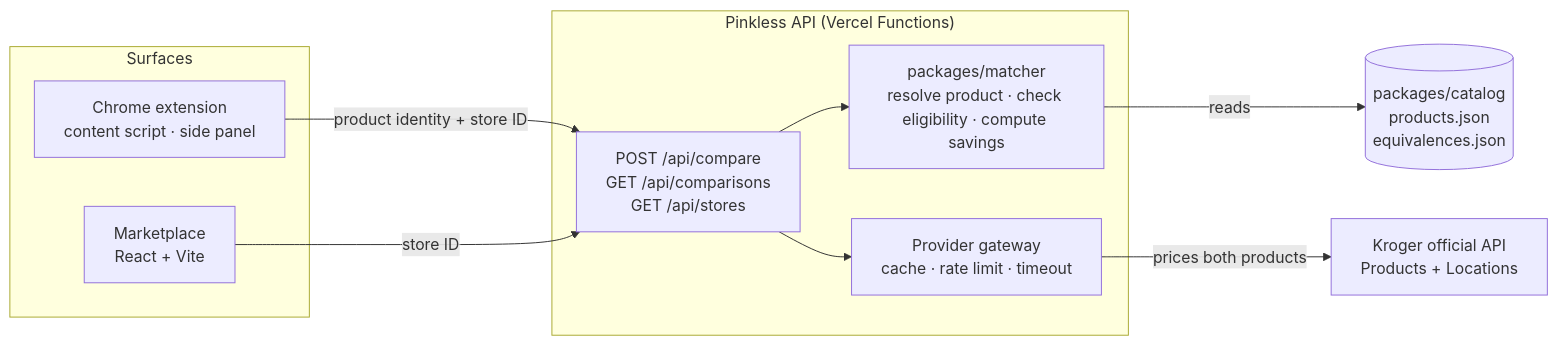
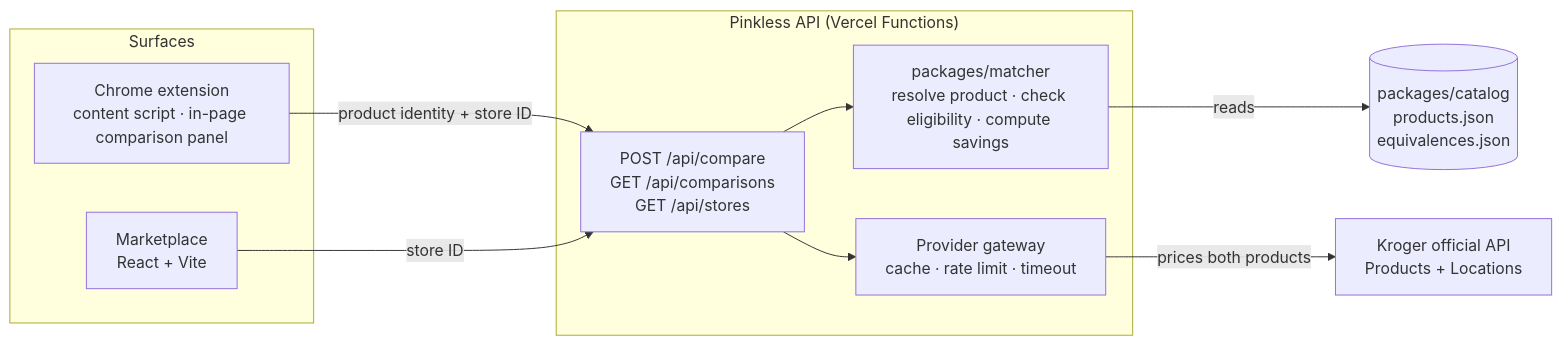
Before and after one commit to hackhersandhims/Pinkless: the diagram in README.md, drawn with Mermaid. The commit also changed other lines of this file and 5 other files, not shown here.

Commit message:
feat: show comparison panel on Kroger pages

````diff
--- a/README.md
+++ b/README.md
@@ -76,23 +76,23 @@
 ```mermaid
 flowchart LR
     subgraph Surfaces
-        EXT["Chrome extension<br/>content script · side panel"]
+        EXT["Chrome extension<br/>content script · in-page comparison panel"]
         MKT["Marketplace<br/>React + Vite"]
     end
 
     subgraph API["Pinkless API (Vercel Functions)"]
         ROUTES["POST /api/compare<br/>GET /api/comparisons<br/>GET /api/stores"]
         MATCH["packages/matcher<br/>resolve product · check eligibility · compute savings"]
         GW["Provider gateway<br/>cache · rate limit · timeout"]
     end
 
     CAT[("packages/catalog<br/>products.json<br/>equivalences.json")]
     KROGER["Kroger official API<br/>Products + Locations"]
 
     EXT -- "product identity + store ID" --> ROUTES
     MKT -- "store ID" --> ROUTES
     ROUTES --> MATCH
     MATCH -- "reads" --> CAT
     ROUTES --> GW
     GW -- "prices both products" --> KROGER
 ```
````
